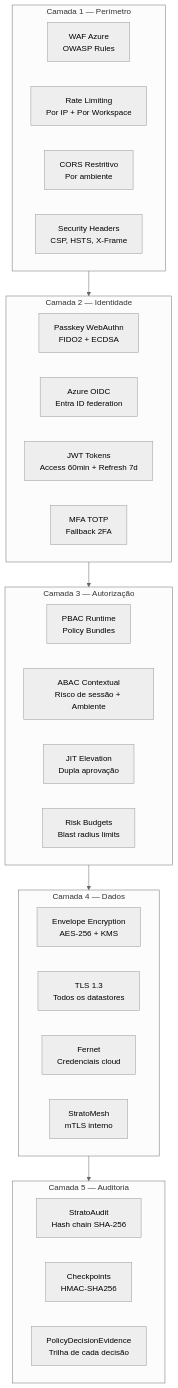
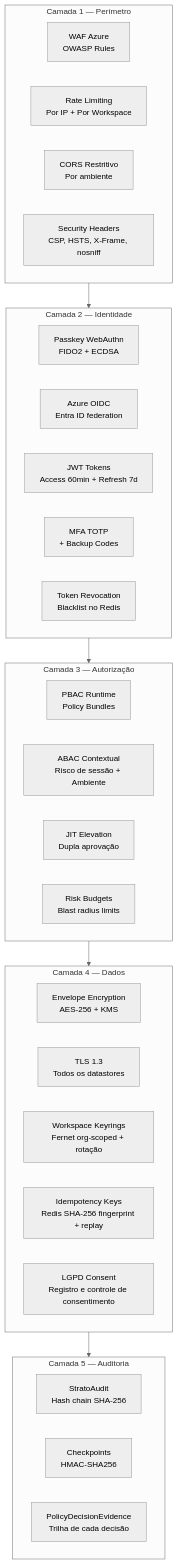
The eighth of 18 diagrams in README.md (FilipiWanderley/CauSium), drawn with Mermaid (neutral theme) before and after one commit. The commit also changed other lines of this file, not shown here.

````diff
--- a/README.md
+++ b/README.md
@@ -388,38 +411,40 @@
 ```mermaid
 graph TB
   subgraph L1["Camada 1 — Perímetro"]
     WAF[WAF Azure\nOWASP Rules]
     RL[Rate Limiting\nPor IP + Por Workspace]
     CORS[CORS Restritivo\nPor ambiente]
-    HDR[Security Headers\nCSP, HSTS, X-Frame]
+    HDR[Security Headers\nCSP, HSTS, X-Frame, nosniff]
   end
 
   subgraph L2["Camada 2 — Identidade"]
     PK[Passkey WebAuthn\nFIDO2 + ECDSA]
     OIDC[Azure OIDC\nEntra ID federation]
     JWT[JWT Tokens\nAccess 60min + Refresh 7d]
-    MFA[MFA TOTP\nFallback 2FA]
+    MFA[MFA TOTP\n+ Backup Codes]
+    TOKVOKE[Token Revocation\nBlacklist no Redis]
   end
 
   subgraph L3["Camada 3 — Autorização"]
     PBAC[PBAC Runtime\nPolicy Bundles]
     ABAC[ABAC Contextual\nRisco de sessão + Ambiente]
     JIT[JIT Elevation\nDupla aprovação]
     RB[Risk Budgets\nBlast radius limits]
   end
 
   subgraph L4["Camada 4 — Dados"]
     ENC[Envelope Encryption\nAES-256 + KMS]
     TLS[TLS 1.3\nTodos os datastores]
-    FERNET[Fernet\nCredenciais cloud]
-    MTLS[StratoMesh\nmTLS interno]
+    FERNET[Workspace Keyrings\nFernet org-scoped + rotação]
+    IDMPT[Idempotency Keys\nRedis SHA-256 fingerprint + replay]
+    LGPD[LGPD Consent\nRegistro e controle de consentimento]
   end
 
   subgraph L5["Camada 5 — Auditoria"]
     CHAIN[StratoAudit\nHash chain SHA-256]
     HMAC[Checkpoints\nHMAC-SHA256]
     EVID[PolicyDecisionEvidence\nTrilha de cada decisão]
   end
 
   L1 --> L2 --> L3 --> L4 --> L5
 ```
````
